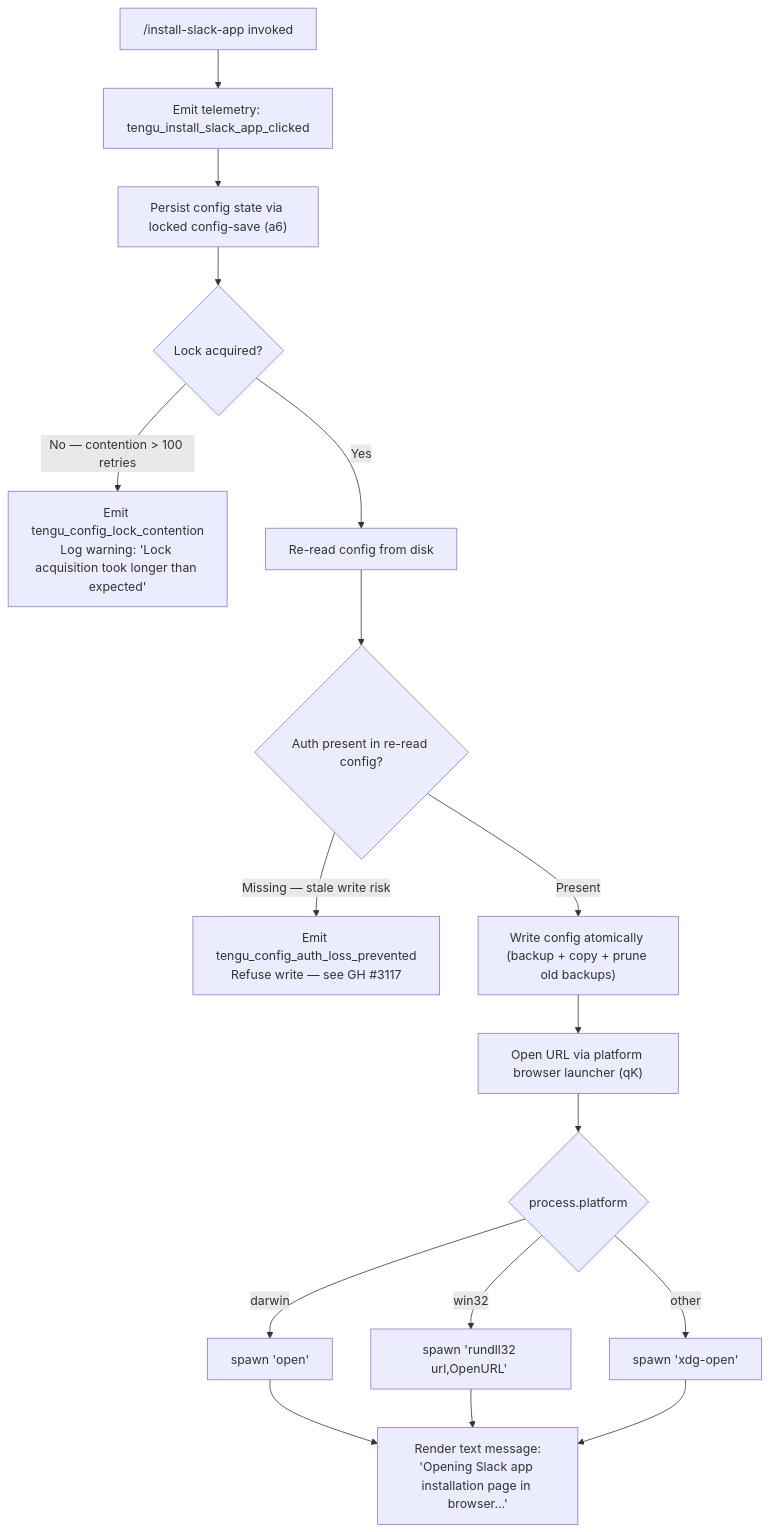
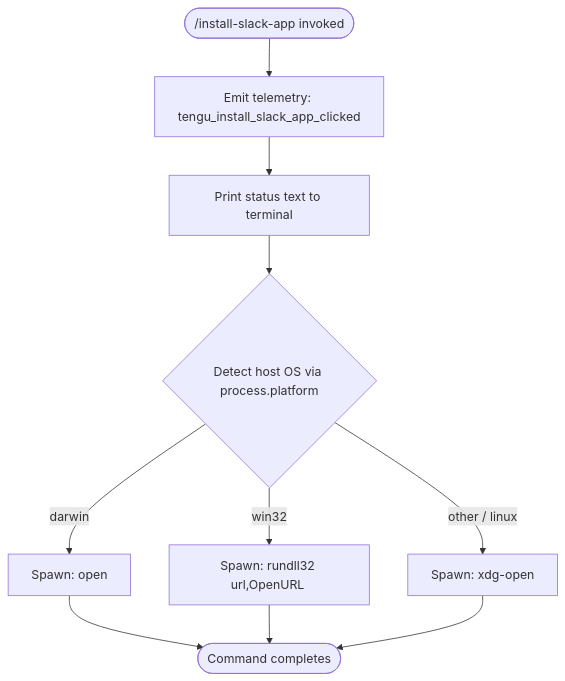
The diagram in versions/v2.1.143/install-slack-app.md (MyLittleLuckyDog/cc-gnothi), drawn with Mermaid before and after one commit. The commit also changed other lines of this file and 87 other files, not shown here.

````diff
--- a/versions/v2.1.143/install-slack-app.md
+++ b/versions/v2.1.143/install-slack-app.md
@@ -46,17 +46,12 @@
 ```mermaid
 flowchart TD
-    A["/install-slack-app invoked"] --> B["Emit telemetry: tengu_install_slack_app_clicked"]
-    B --> C["Persist config state via locked config-save (a6)"]
-    C --> D{"Lock acquired?"}
-    D -->|"No — contention > 100 retries"| E["Emit tengu_config_lock_contention\nLog warning: 'Lock acquisition took longer than expected'"]
-    D -->|"Yes"| F["Re-read config from disk"]
-    F --> G{"Auth present in re-read config?"}
-    G -->|"Missing — stale write risk"| H["Emit tengu_config_auth_loss_prevented\nRefuse write — see GH #3117"]
-    G -->|"Present"| I["Write config atomically (backup + copy + prune old backups)"]
-    I --> J["Open URL via platform browser launcher (qK)"]
-    J --> K{"process.platform"}
-    K -->|"darwin"| L["spawn 'open' <url>"]
-    K -->|"win32"| M["spawn 'rundll32 url,OpenURL' <url>"]
-    K -->|"other"| N["spawn 'xdg-open' <url>"]
-    L & M & N --> O["Render text message:\n'Opening Slack app installation page in browser…'"]
+    A(["/install-slack-app invoked"]) --> B[Emit telemetry: tengu_install_slack_app_clicked]
+    B --> C[Print status text to terminal]
+    C --> D{Detect host OS via process.platform}
+    D -->|darwin| E["Spawn: open <url>"]
+    D -->|win32| F["Spawn: rundll32 url,OpenURL <url>"]
+    D -->|other / linux| G["Spawn: xdg-open <url>"]
+    E --> H([Command completes])
+    F --> H
+    G --> H
 ```
````
